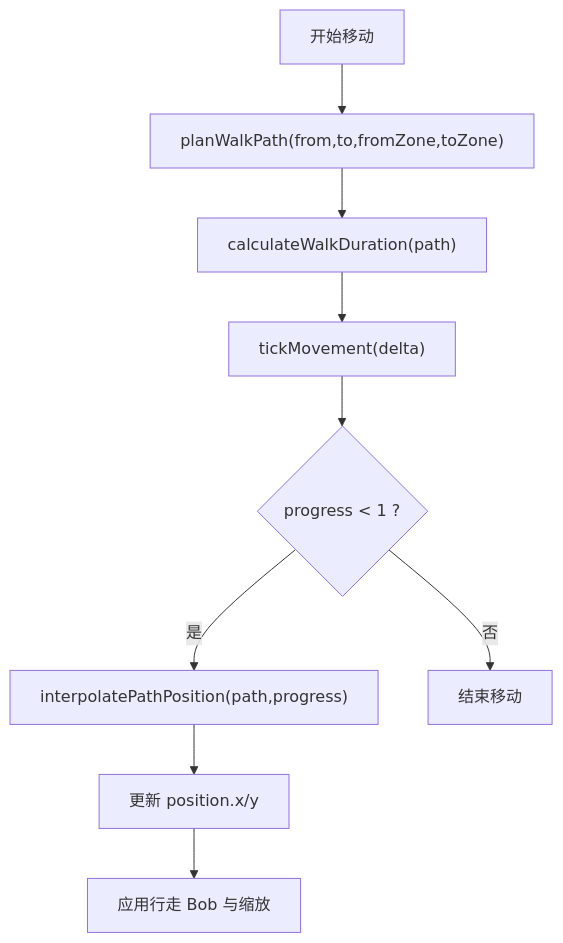
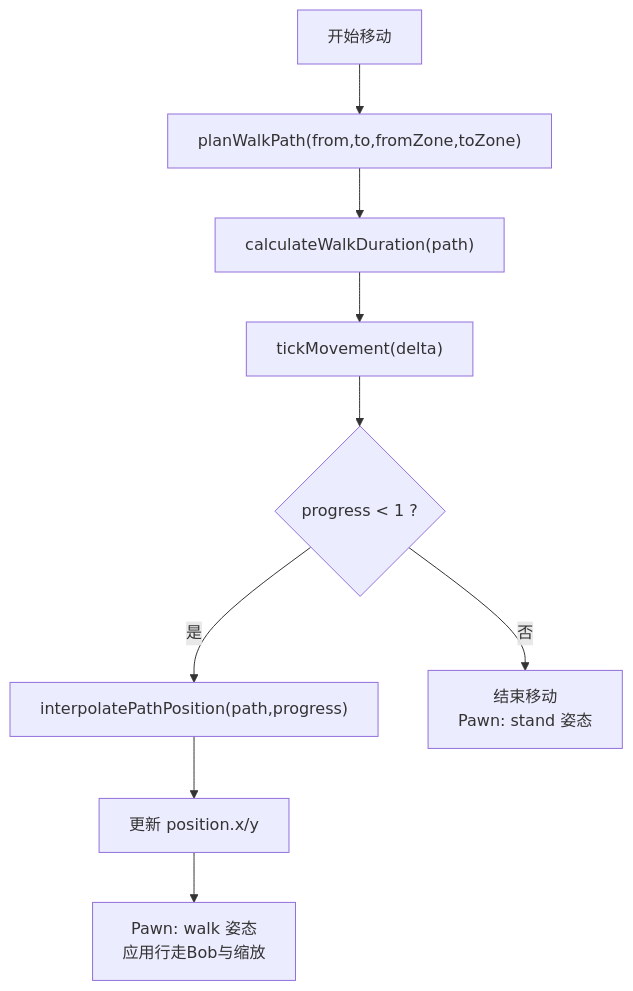
The sixth of 7 diagrams in .qoder/repowiki/zh/content/虚拟办公室系统/智能体可视化系统.md (WW-AI-Lab/openclaw-office), drawn with Mermaid before and after one commit. The commit also changed other lines of this file and 15 other files, not shown here.

````diff
--- a/.qoder/repowiki/zh/content/虚拟办公室系统/智能体可视化系统.md
+++ b/.qoder/repowiki/zh/content/虚拟办公室系统/智能体可视化系统.md
@@ -223,11 +285,11 @@
 ```mermaid
 flowchart TD
 P0["开始移动"] --> P1["planWalkPath(from,to,fromZone,toZone)"]
 P1 --> P2["calculateWalkDuration(path)"]
 P2 --> P3["tickMovement(delta)"]
 P3 --> P4{"progress < 1 ?"}
 P4 -- 是 --> P5["interpolatePathPosition(path,progress)"]
 P5 --> P6["更新 position.x/y"]
-P6 --> P7["应用行走 Bob 与缩放"]
-P4 -- 否 --> P8["结束移动"]
+P6 --> P7["Pawn: walk 姿态<br/>应用行走Bob与缩放"]
+P4 -- 否 --> P8["结束移动<br/>Pawn: stand 姿态"]
 ```
````
